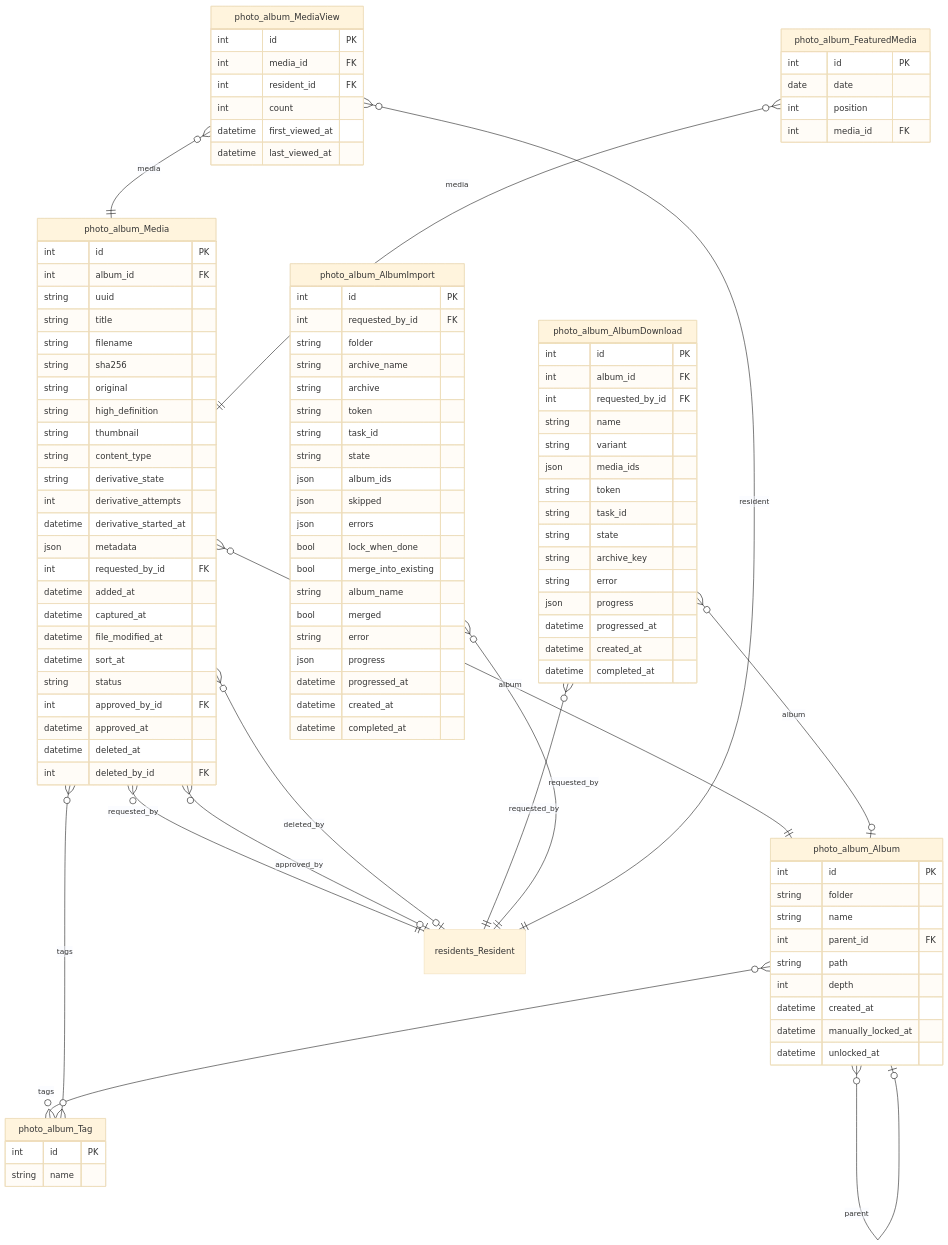
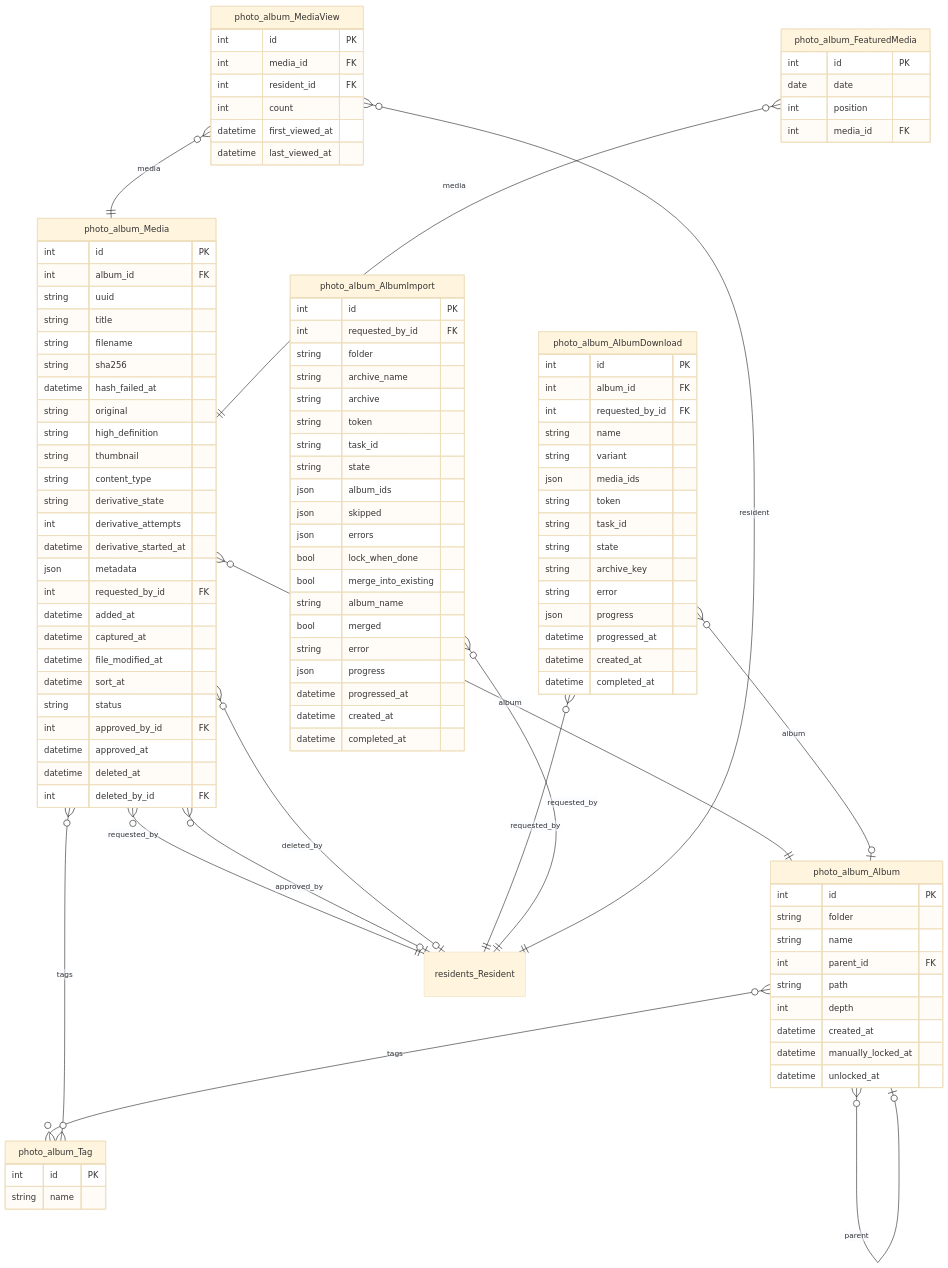
Before and after one commit to GAHK-org/gahk_intern: diagram 12 of 16 in docs/erd.md, drawn with Mermaid (base theme). The commit also changed other lines of this file and 11 other files, not shown here.

```diff
--- a/docs/erd.md
+++ b/docs/erd.md
@@ -1376,6 +1377,7 @@
         string title
         string filename
         string sha256
+        datetime hash_failed_at
         string original
         string high_definition
         string thumbnail
```
